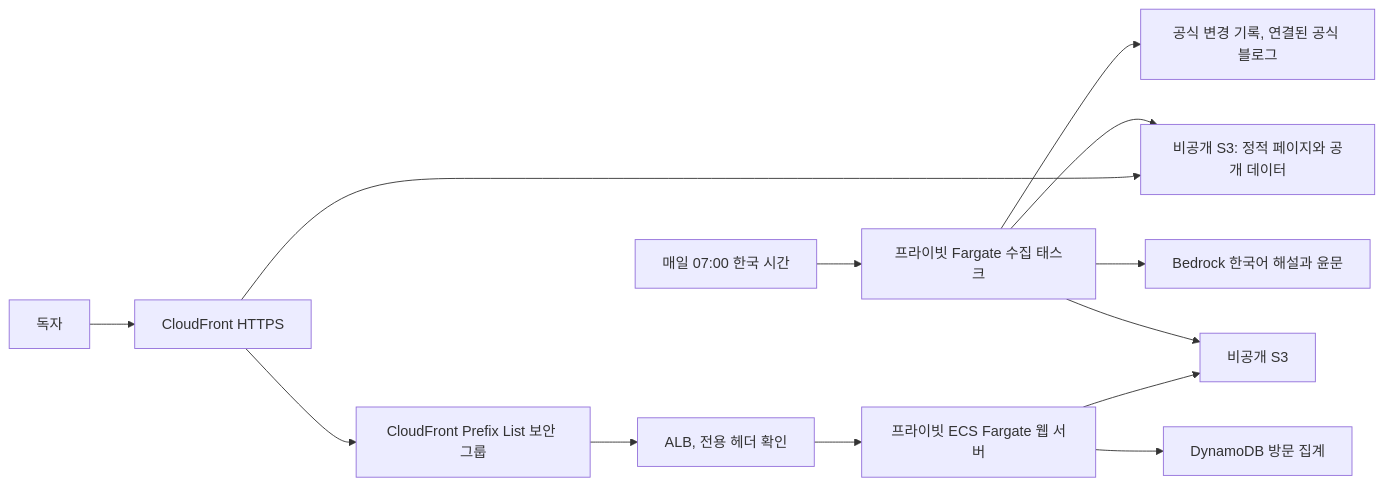
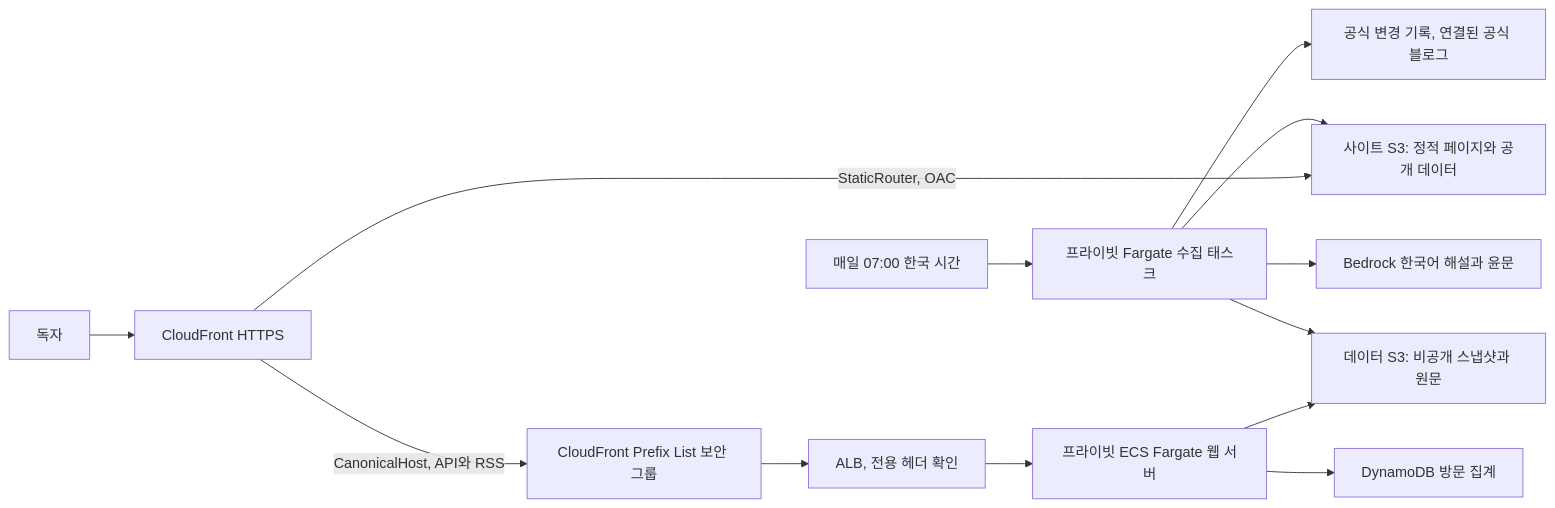
The diagram in README.md (whchoi98/code-pulse), drawn with Mermaid before and after one commit. The commit also changed other lines of this file and 10 other files, not shown here.

````diff
--- a/README.md
+++ b/README.md
@@ -48,15 +48,15 @@
 ```mermaid
 flowchart LR
     User["독자"] --> CF["CloudFront HTTPS"]
-    CF --> Site["비공개 S3: 정적 페이지와 공개 데이터"]
-    CF --> SG["CloudFront Prefix List 보안 그룹"]
+    CF -->|"StaticRouter, OAC"| Site["사이트 S3: 정적 페이지와 공개 데이터"]
+    CF -->|"CanonicalHost, API와 RSS"| SG["CloudFront Prefix List 보안 그룹"]
     SG --> ALB["ALB, 전용 헤더 확인"]
     ALB --> Web["프라이빗 ECS Fargate 웹 서버"]
-    Web --> S3["비공개 S3"]
+    Web --> S3["데이터 S3: 비공개 스냅샷과 원문"]
     Web --> Visitors["DynamoDB 방문 집계"]
     Schedule["매일 07:00 한국 시간"] --> Worker["프라이빗 Fargate 수집 태스크"]
     Worker --> Sources["공식 변경 기록, 연결된 공식 블로그"]
     Worker --> Bedrock["Bedrock 한국어 해설과 윤문"]
     Worker --> S3
     Worker --> Site
 ```
````
